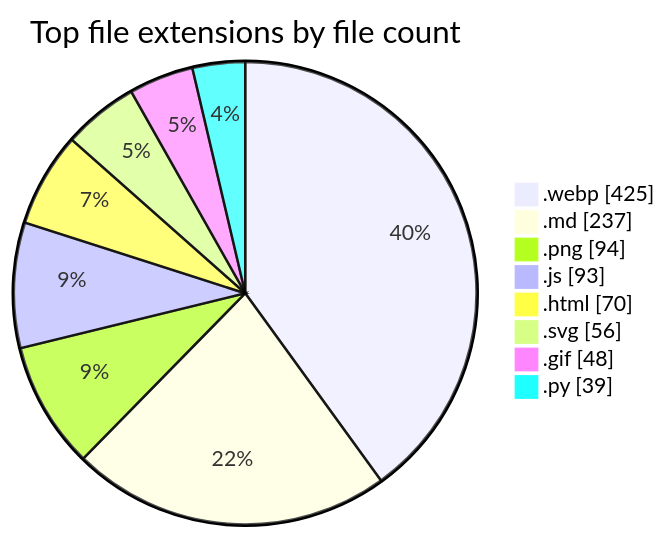
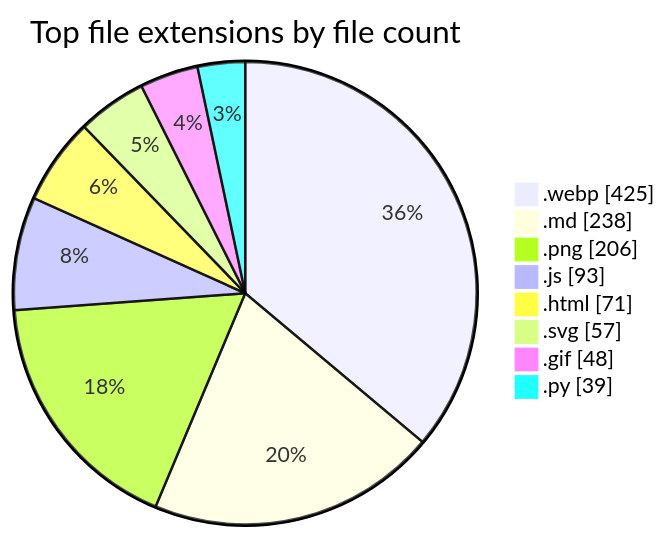
The second of 2 diagrams in README.md (tchinso/tchinso), drawn with Mermaid before and after one commit. The commit also changed other lines of this file, not shown here.

````diff
--- a/README.md
+++ b/README.md
@@ -53,12 +53,12 @@
 ```mermaid
 pie showData
     title Top file extensions by file count
     ".webp" : 425
-    ".md" : 237
-    ".png" : 94
+    ".md" : 238
+    ".png" : 206
     ".js" : 93
-    ".html" : 70
-    ".svg" : 56
+    ".html" : 71
+    ".svg" : 57
     ".gif" : 48
     ".py" : 39
 ```
````
